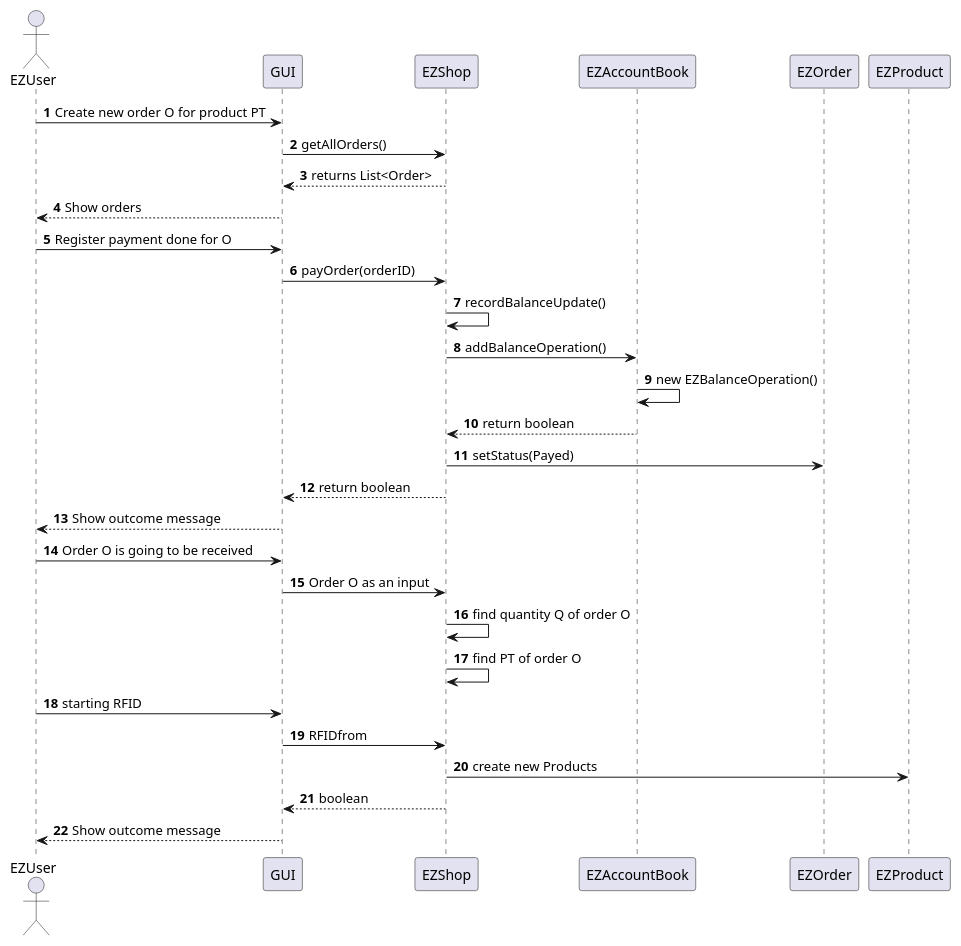
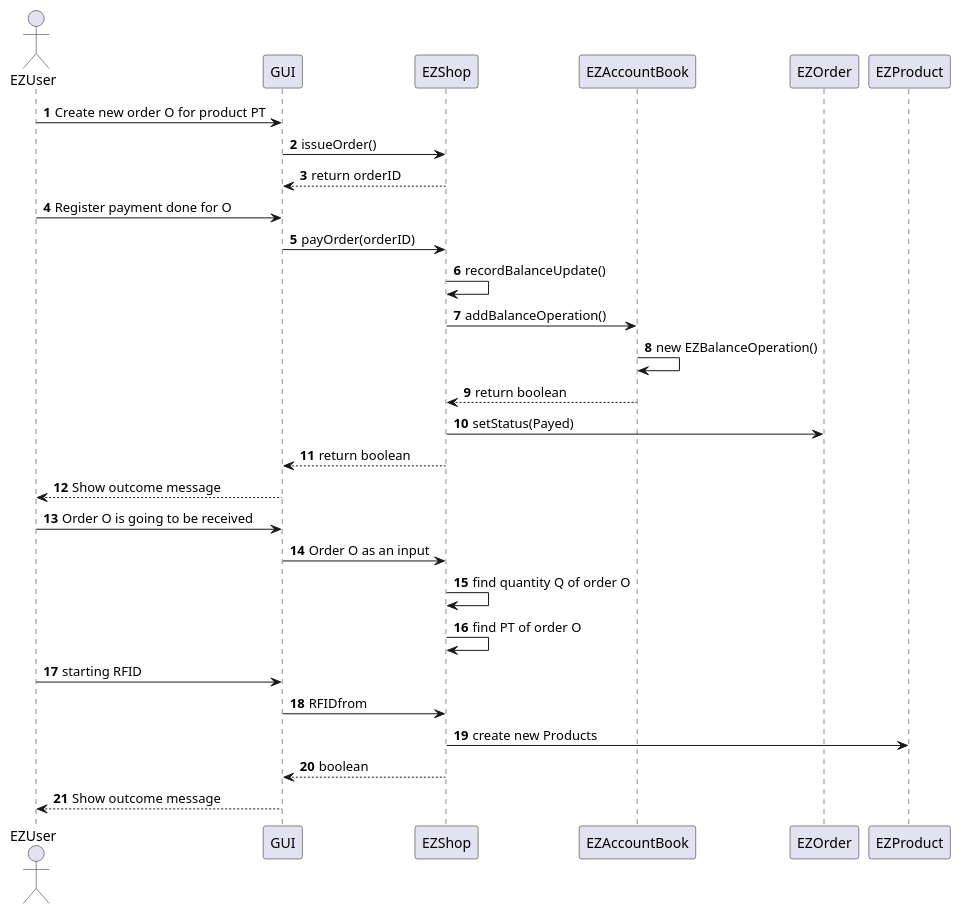
Diagram 12 of 27 in Deliverables/DesignDocument.md (Stormz4/group20-EzShop), drawn with PlantUML before and after one commit. The commit also changed other lines of this file and 2 other files, not shown here.

Commit message:
doc: updated IntegrationTest and UnitTest Reports

````diff
--- a/Deliverables/DesignDocument.md
+++ b/Deliverables/DesignDocument.md
@@ -560,28 +560,27 @@
 ```plantuml
 @startuml
 Actor EZUser
 autonumber
 EZUser -> GUI: Create new order O for product PT
-GUI -> EZShop: getAllOrders()
-EZShop --> GUI: returns List<Order>
-GUI --> EZUser: Show orders
+GUI -> EZShop: issueOrder()
+EZShop --> GUI: return orderID
 EZUser -> GUI: Register payment done for O
 GUI -> EZShop: payOrder(orderID)
 EZShop -> EZShop: recordBalanceUpdate()
 EZShop -> EZAccountBook: addBalanceOperation()
 EZAccountBook -> EZAccountBook: new EZBalanceOperation()
 EZAccountBook --> EZShop: return boolean
 EZShop -> EZOrder: setStatus(Payed)
 EZShop --> GUI: return boolean
 GUI --> EZUser: Show outcome message
 EZUser -> GUI: Order O is going to be received
 GUI -> EZShop: Order O as an input
 EZShop -> EZShop: find quantity Q of order O
 EZShop -> EZShop: find PT of order O
 EZUser -> GUI: starting RFID
 GUI -> EZShop: RFIDfrom
 EZShop -> EZProduct: create new Products
 EZShop --> GUI: boolean
 GUI --> EZUser: Show outcome message
 @enduml
 ```
````
